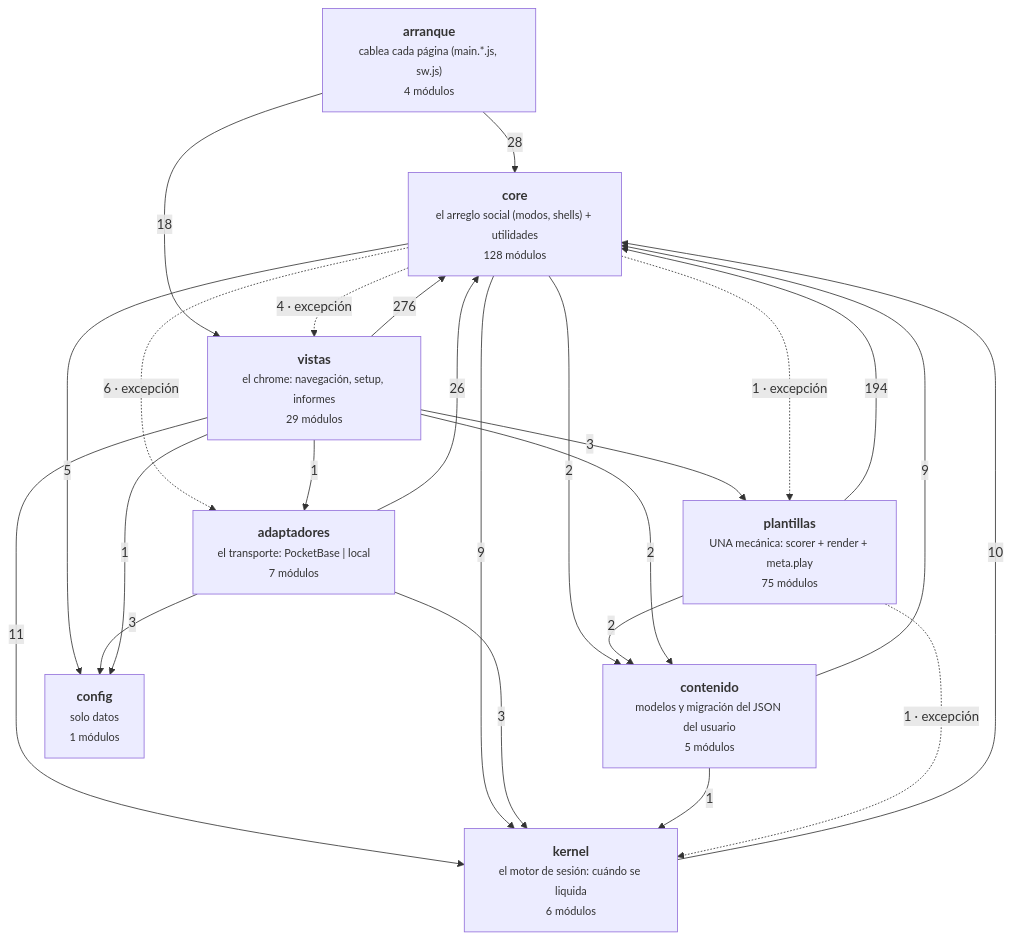
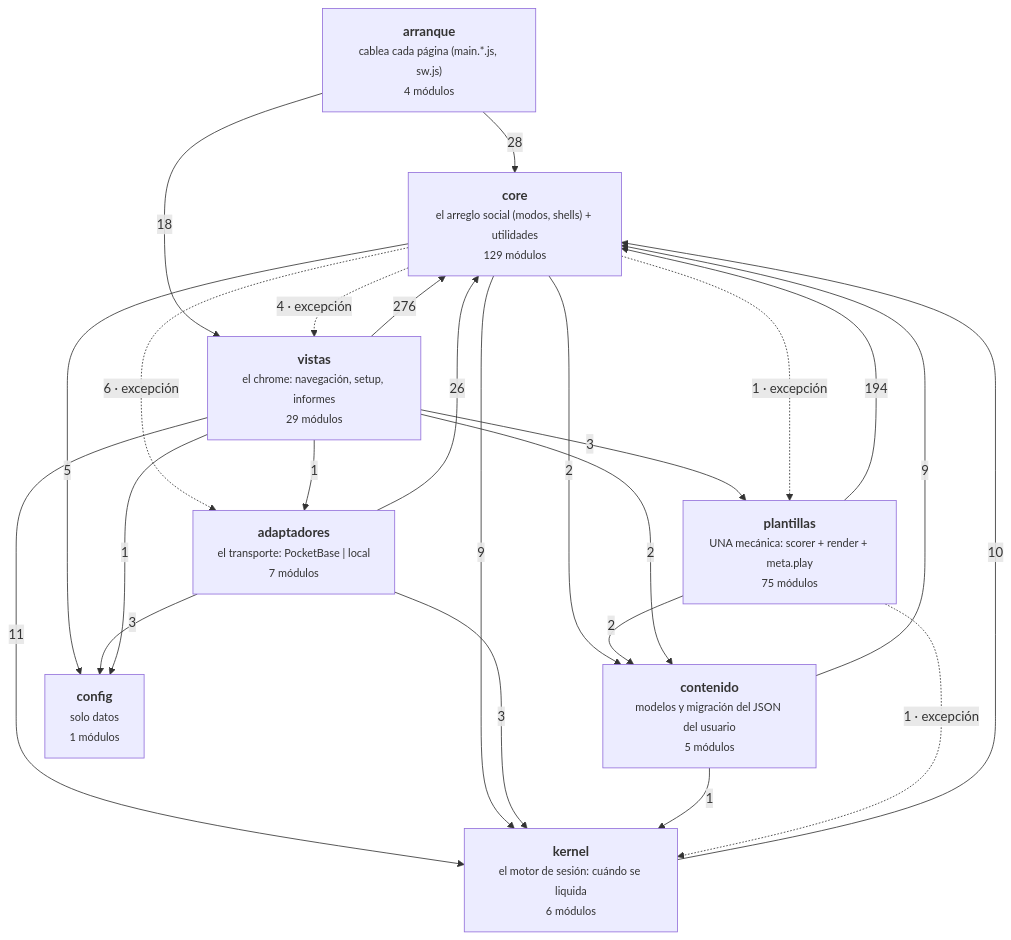
One commit to duecaz/ac changed the diagram in docs/arquitectura-modulos.md. Above: the diagram before and after it, drawn with Mermaid. The commit also changed other lines of this file and 5 other files, not shown here.

````diff
--- a/docs/arquitectura-modulos.md
+++ b/docs/arquitectura-modulos.md
@@ -56,34 +56,34 @@
 ```mermaid
 graph TD
   A["<b>arranque</b><br/><small>cablea cada página (main.*.js, sw.js)</small><br/><small>4 módulos</small>"]
   V["<b>vistas</b><br/><small>el chrome: navegación, setup, informes</small><br/><small>29 módulos</small>"]
   AD["<b>adaptadores</b><br/><small>el transporte: PocketBase | local</small><br/><small>7 módulos</small>"]
-  C["<b>core</b><br/><small>el arreglo social (modos, shells) + utilidades</small><br/><small>128 módulos</small>"]
+  C["<b>core</b><br/><small>el arreglo social (modos, shells) + utilidades</small><br/><small>129 módulos</small>"]
   K["<b>kernel</b><br/><small>el motor de sesión: cuándo se liquida</small><br/><small>6 módulos</small>"]
   T["<b>plantillas</b><br/><small>UNA mecánica: scorer + render + meta.play</small><br/><small>75 módulos</small>"]
   CO["<b>contenido</b><br/><small>modelos y migración del JSON del usuario</small><br/><small>5 módulos</small>"]
   CF["<b>config</b><br/><small>solo datos</small><br/><small>1 módulos</small>"]
   V -->|276| C
   T -->|194| C
   A -->|28| C
   AD -->|26| C
   A -->|18| V
   V -->|11| K
   K -->|10| C
   C -->|9| K
   CO -->|9| C
   C -.->|6 · excepción| AD
   C -->|5| CF
   C -.->|4 · excepción| V
   AD -->|3| CF
   AD -->|3| K
   V -->|3| T
   C -->|2| CO
   T -->|2| CO
   V -->|2| CO
   C -.->|1 · excepción| T
   CO -->|1| K
   T -.->|1 · excepción| K
   V -->|1| AD
   V -->|1| CF
 ```
````
